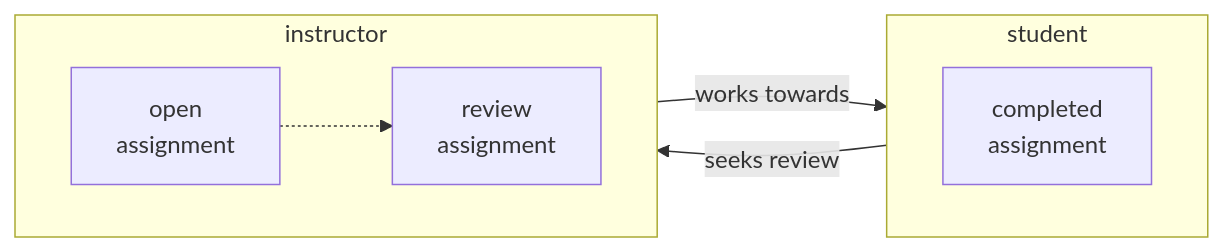
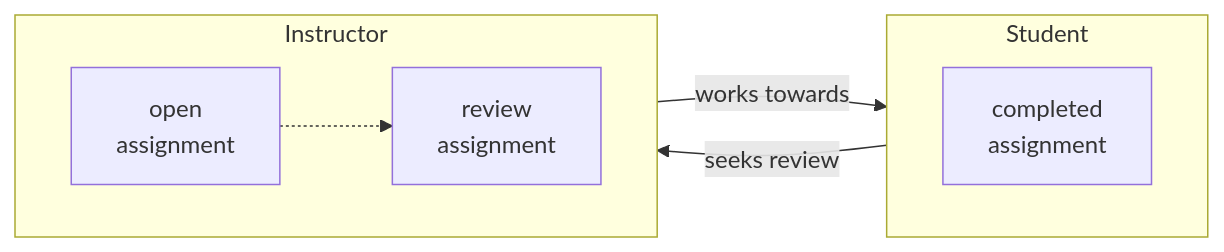
Before and after one commit to d33bs/set-website: the first of 2 diagrams in _posts/2023-02-13-Git-Practices.md, drawn with Mermaid. The commit also changed other lines of this file, not shown here.

````diff
--- a/_posts/2023-02-13-Git-Practices.md
+++ b/_posts/2023-02-13-Git-Practices.md
@@ -19,15 +19,15 @@
 ```mermaid
 flowchart LR
-  subgraph student
+  subgraph Student
     direction LR
     work["completed\nassignment"]
   end
-  subgraph instructor
+  subgraph Instructor
     direction LR
     open["open\nassignment"]
     turn_in["review\nassignment"]
   end
   open --> |works towards| work
   work --> |seeks review| turn_in
   open -.-> turn_in
 ```
````
